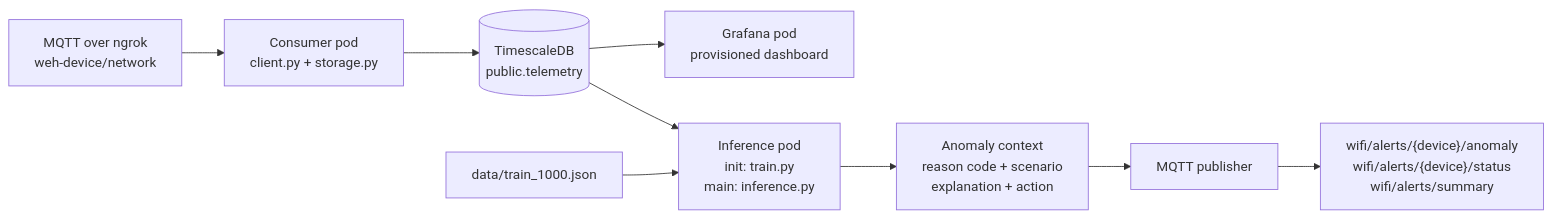
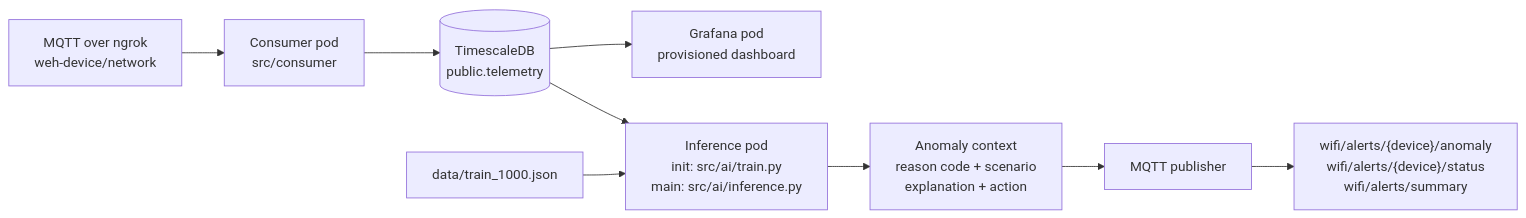
Before and after one commit to wifiengghub/cloud-workshop: the first of 2 diagrams in ARCHITECTURE.md, drawn with Mermaid. The commit also changed other lines of this file and 26 other files, not shown here.

Commit message:
Create end-to-end AI Kubernetes flow

````diff
--- a/ARCHITECTURE.md
+++ b/ARCHITECTURE.md
@@ -5,11 +5,11 @@
 ```mermaid
 flowchart LR
-    M["MQTT over ngrok<br/>weh-device/network"] --> C["Consumer pod<br/>client.py + storage.py"]
+    M["MQTT over ngrok<br/>weh-device/network"] --> C["Consumer pod<br/>src/consumer"]
     C --> T[("TimescaleDB<br/>public.telemetry")]
     T --> G["Grafana pod<br/>provisioned dashboard"]
-    T --> I["Inference pod<br/>init: train.py<br/>main: inference.py"]
+    T --> I["Inference pod<br/>init: src/ai/train.py<br/>main: src/ai/inference.py"]
     D["data/train_1000.json"] --> I
     I --> A["Anomaly context<br/>reason code + scenario<br/>explanation + action"]
     A --> P["MQTT publisher"]
     P --> M2["wifi/alerts/{device}/anomaly<br/>wifi/alerts/{device}/status<br/>wifi/alerts/summary"]
 ```
````
